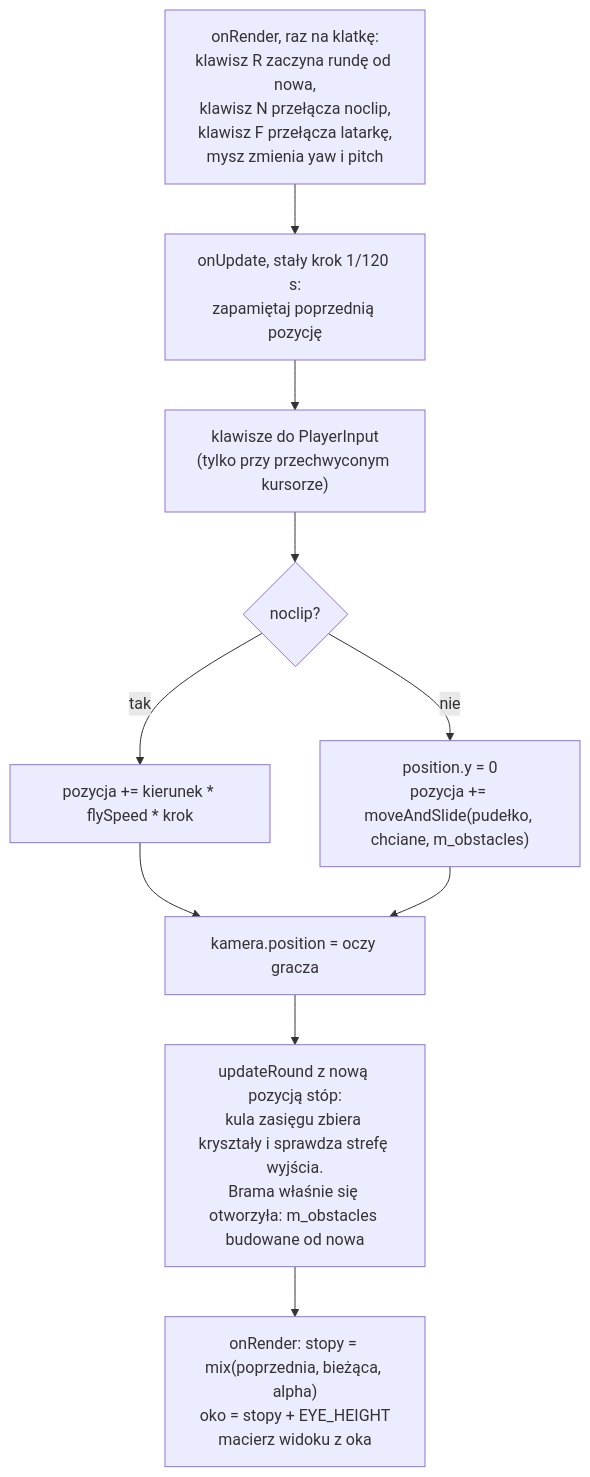
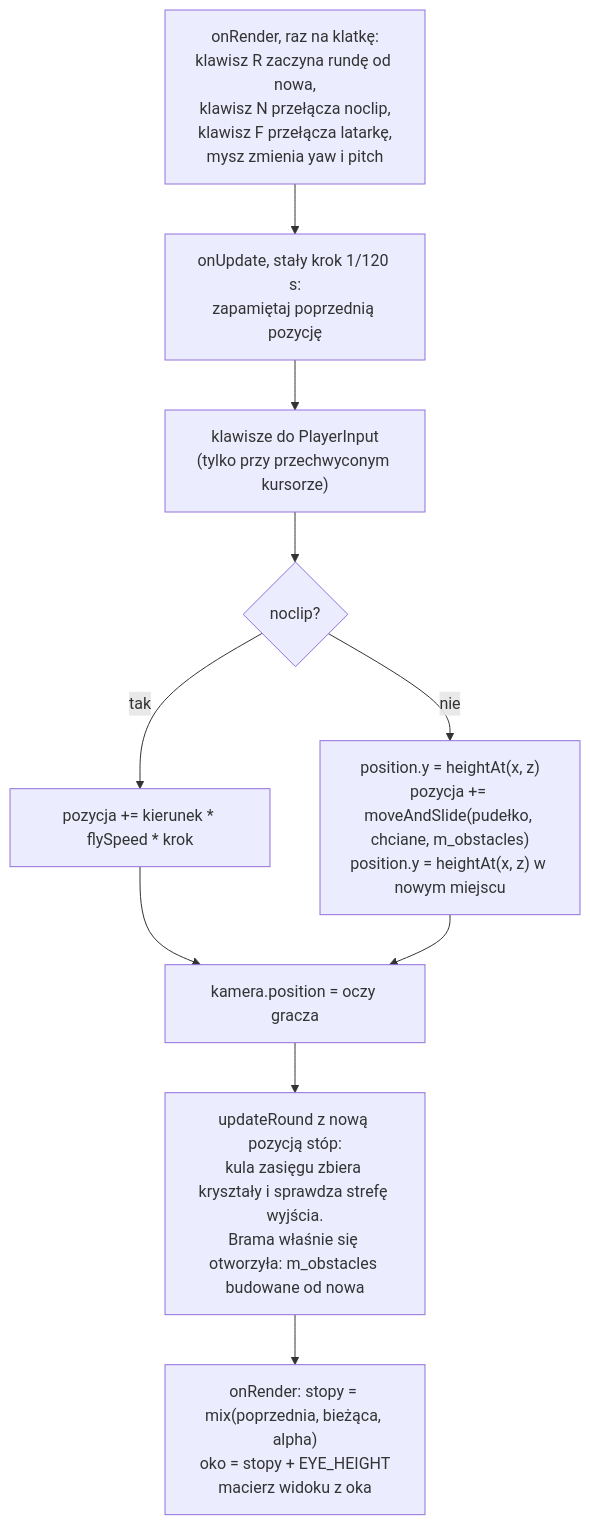
One commit to Shironex/night-maze changed the diagram in docs/modules/game/player.md. Above: the diagram before and after it, drawn with Mermaid. The commit also changed other lines of this file and 30 other files, not shown here.

````diff
--- a/docs/modules/game/player.md
+++ b/docs/modules/game/player.md
@@ -157,13 +180,13 @@
 ```mermaid
 flowchart TD
     A["onRender, raz na klatkę:<br>klawisz R zaczyna rundę od nowa,<br>klawisz N przełącza noclip,<br>klawisz F przełącza latarkę,<br>mysz zmienia yaw i pitch"] --> B
     B["onUpdate, stały krok 1/120 s:<br>zapamiętaj poprzednią pozycję"] --> C
     C["klawisze do PlayerInput<br>(tylko przy przechwyconym kursorze)"] --> D
     D{"noclip?"}
     D -- tak --> E["pozycja += kierunek * flySpeed * krok"]
-    D -- nie --> F["position.y = 0<br>pozycja += moveAndSlide(pudełko, chciane, m_obstacles)"]
+    D -- nie --> F["position.y = heightAt(x, z)<br>pozycja += moveAndSlide(pudełko, chciane, m_obstacles)<br>position.y = heightAt(x, z) w nowym miejscu"]
     E --> G["kamera.position = oczy gracza"]
     F --> G
     G --> R["updateRound z nową pozycją stóp:<br>kula zasięgu zbiera kryształy i sprawdza strefę wyjścia.<br>Brama właśnie się otworzyła: m_obstacles budowane od nowa"]
     R --> H["onRender: stopy = mix(poprzednia, bieżąca, alpha)<br>oko = stopy + EYE_HEIGHT<br>macierz widoku z oka"]
 ```
````
